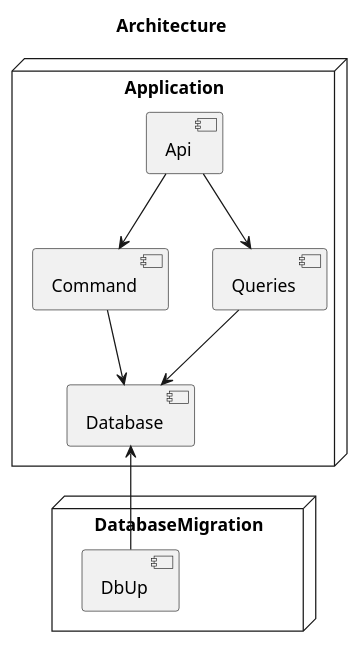
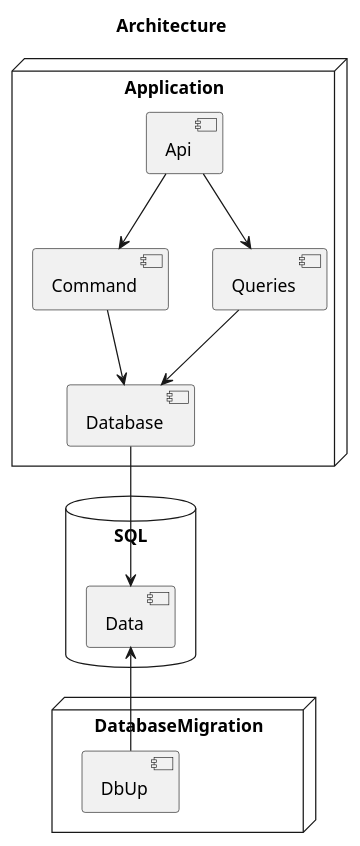
Before and after one commit to pwujczyk/ProductivityTools.Purchases.Api: the diagram in Project.wsd, drawn with PlantUML. The commit also changed 1 other file, not shown here.

```diff
--- a/Project.wsd
+++ b/Project.wsd
@@ -1,23 +1,32 @@
 @startuml
 
 title Architecture
 
 node Application{
     [Api]
     [Command]
     [Queries]
     [Database]
 }
 
 node DatabaseMigration{
     [DbUp]
 }
 
+database "SQL\n" {
+    [Data]
+}
+
 Api -down->Command
 Api -down->Queries
 Command -down->Database
 Queries -down->Database
+Database -down->Data
 
-DbUp -up->Database
+DbUp -up->Data
+
+
+
+
 
 @enduml
```
